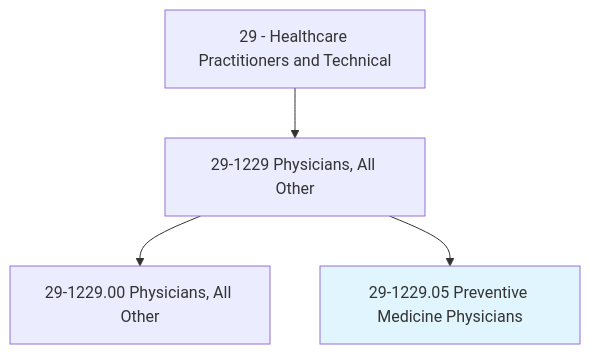
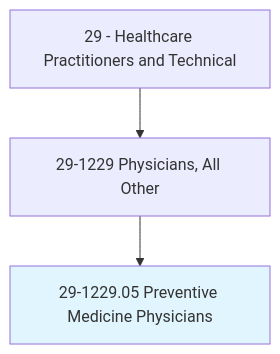
One commit to kziemski/business.org.ai changed the first of 4 diagrams in occupations/HealthcarePractitioners/PreventiveMedicinePhysicians.mdx. Above: the diagram before and after it, drawn with Mermaid. The commit also changed other lines of this file and 938 other files, not shown here.

````diff
--- a/occupations/HealthcarePractitioners/PreventiveMedicinePhysicians.mdx
+++ b/occupations/HealthcarePractitioners/PreventiveMedicinePhysicians.mdx
@@ -19,7 +23,6 @@
 ```mermaid
 graph TD
     Cat29["29 - Healthcare Practitioners and Technical"] --> Group291229["29-1229 Physicians, All Other"]
-    Group291229 --> Base["29-1229.00 Physicians, All Other"]
     Group291229 --> Current["29-1229.05 Preventive Medicine Physicians"]
     style Current fill:#e1f5fe
 ```
````
